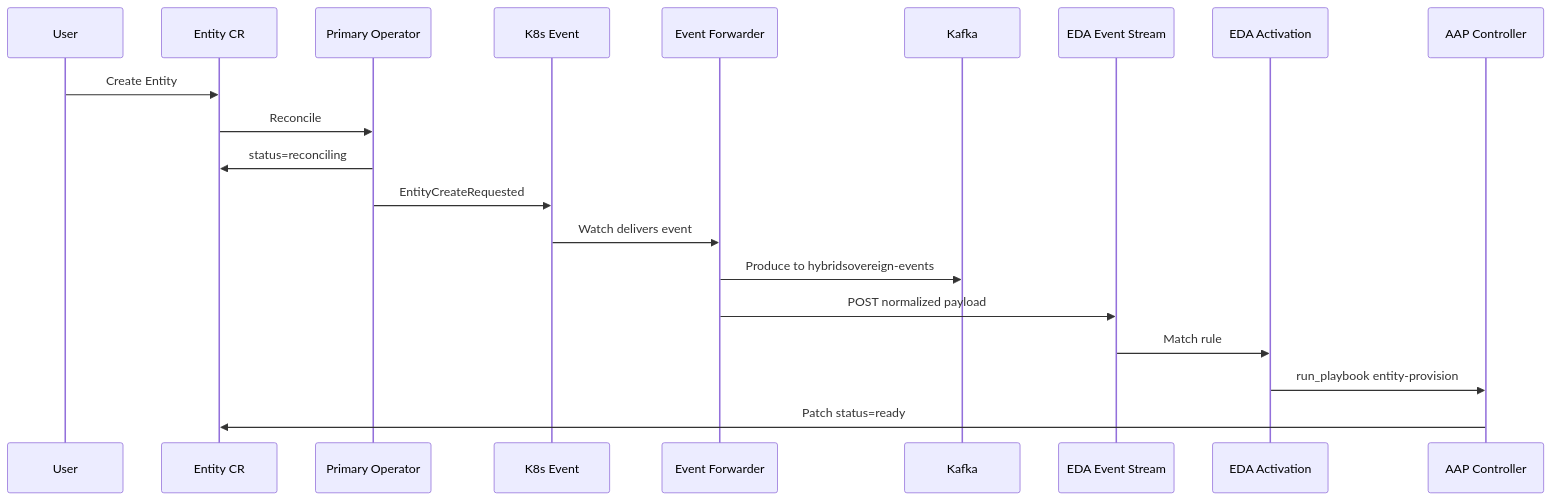
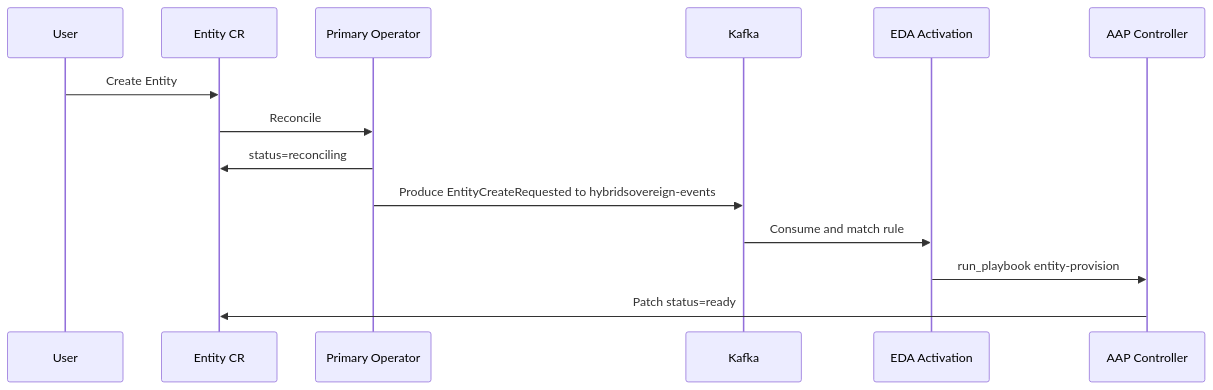
One commit to marbindrakon/hybridcloud changed the second of 2 diagrams in architecture/docs/c4/components/event-system.md. Above: the diagram before and after it, drawn with Mermaid. The commit also changed other lines of this file and 6 other files, not shown here.

````diff
--- a/architecture/docs/c4/components/event-system.md
+++ b/architecture/docs/c4/components/event-system.md
@@ -140,23 +139,17 @@
 ```mermaid
 sequenceDiagram
     participant U as User
     participant CR as Entity CR
     participant PO as Primary Operator
-    participant EV as K8s Event
-    participant EF as Event Forwarder
     participant KF as Kafka
-    participant ES as EDA Event Stream
     participant EDA as EDA Activation
     participant AAP as AAP Controller
 
     U->>CR: Create Entity
     CR->>PO: Reconcile
     PO->>CR: status=reconciling
-    PO->>EV: EntityCreateRequested
-    EV->>EF: Watch delivers event
-    EF->>KF: Produce to hybridsovereign-events
-    EF->>ES: POST normalized payload
-    ES->>EDA: Match rule
+    PO->>KF: Produce EntityCreateRequested to hybridsovereign-events
+    KF->>EDA: Consume and match rule
     EDA->>AAP: run_playbook entity-provision
     AAP->>CR: Patch status=ready
 ```
````
